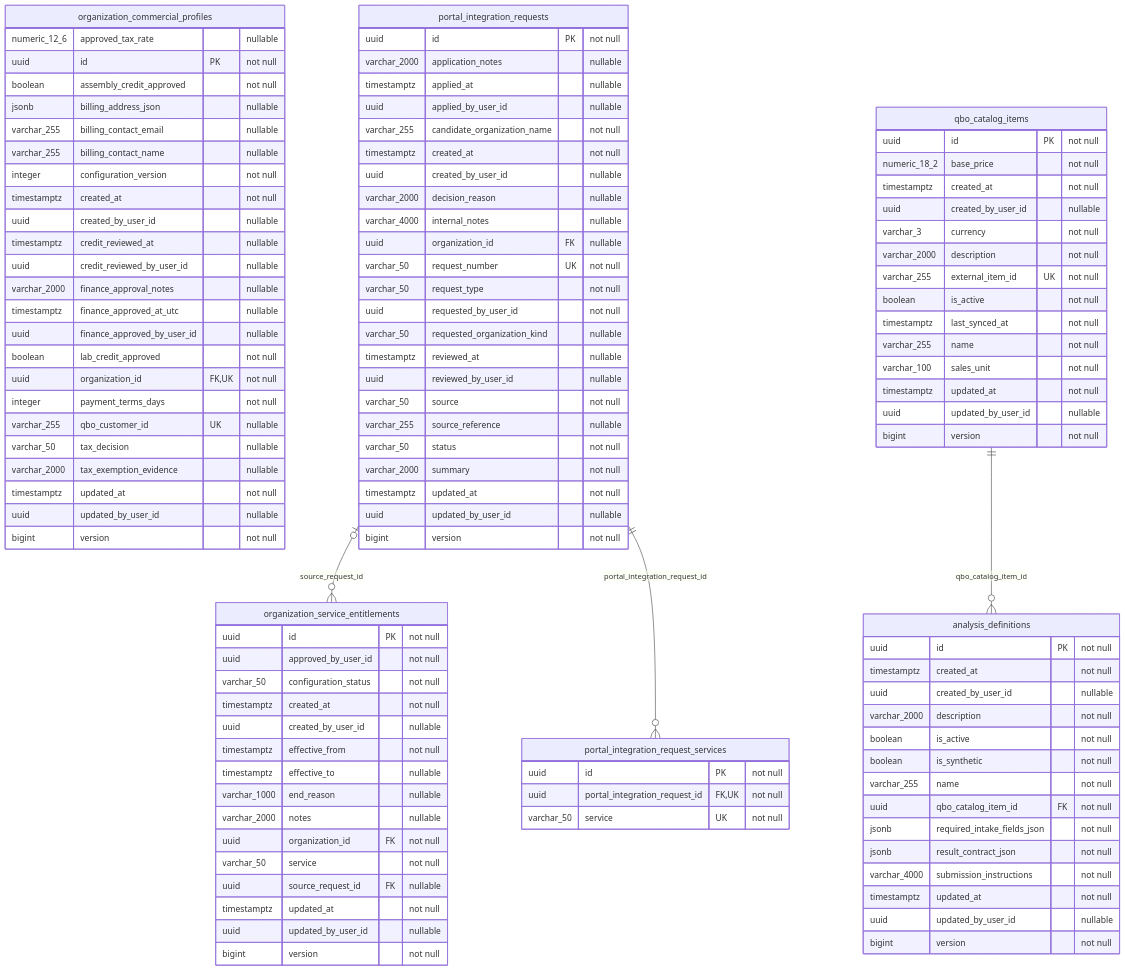
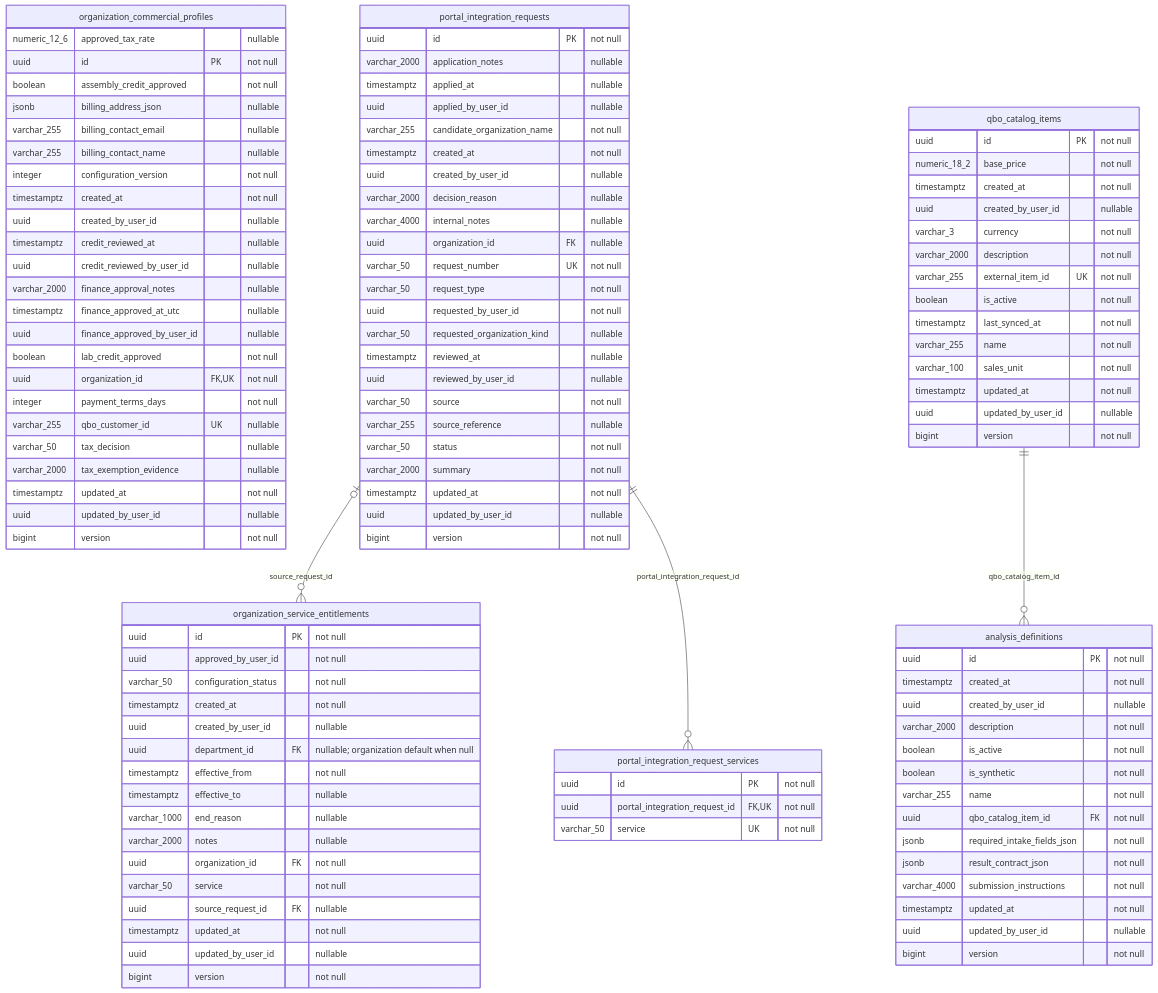
One commit to behaack/phaeno-ops-mgmt-system changed the fifth of 20 diagrams in docs/database-erd.md. Above: the diagram before and after it, drawn with Mermaid. The commit also changed other lines of this file and 127 other files, not shown here.

```diff
--- a/docs/database-erd.md
+++ b/docs/database-erd.md
@@ -581,6 +639,7 @@
         varchar_50 configuration_status "not null"
         timestamptz created_at "not null"
         uuid created_by_user_id "nullable"
+        uuid department_id FK "nullable; organization default when null"
         timestamptz effective_from "not null"
         timestamptz effective_to "nullable"
         varchar_1000 end_reason "nullable"
```
